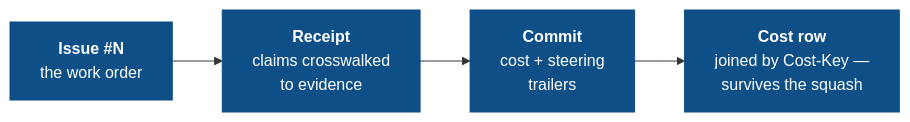
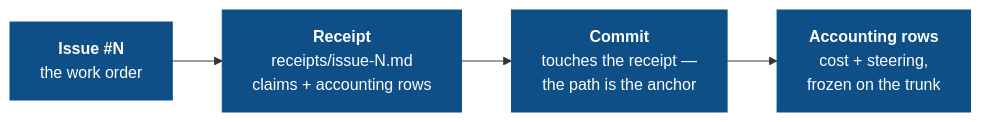
Before and after one commit to Duaility/governance-kit: the diagram in docs/concepts/audit-chain.mdx, drawn with Mermaid. The commit also changed other lines of this file and 10 other files, not shown here.

````diff
--- a/docs/concepts/audit-chain.mdx
+++ b/docs/concepts/audit-chain.mdx
@@ -12,12 +12,12 @@
 ```mermaid
 flowchart LR
     I["<b>Issue #N</b><br/>the work order"]
-    R["<b>Receipt</b><br/>claims crosswalked<br/>to evidence"]
-    C["<b>Commit</b><br/>cost + steering<br/>trailers"]
-    CO["<b>Cost row</b><br/>joined by Cost-Key —<br/>survives the squash"]
+    R["<b>Receipt</b><br/>receipts/issue-N.md<br/>claims + accounting rows"]
+    C["<b>Commit</b><br/>touches the receipt —<br/>the path is the anchor"]
+    CO["<b>Accounting rows</b><br/>cost + steering,<br/>frozen on the trunk"]
 
     I --> R --> C --> CO
 
     classDef chain fill:#0d4f86,stroke:#0d4f86,color:#ffffff
     class I,R,C,CO chain
 ```
````
